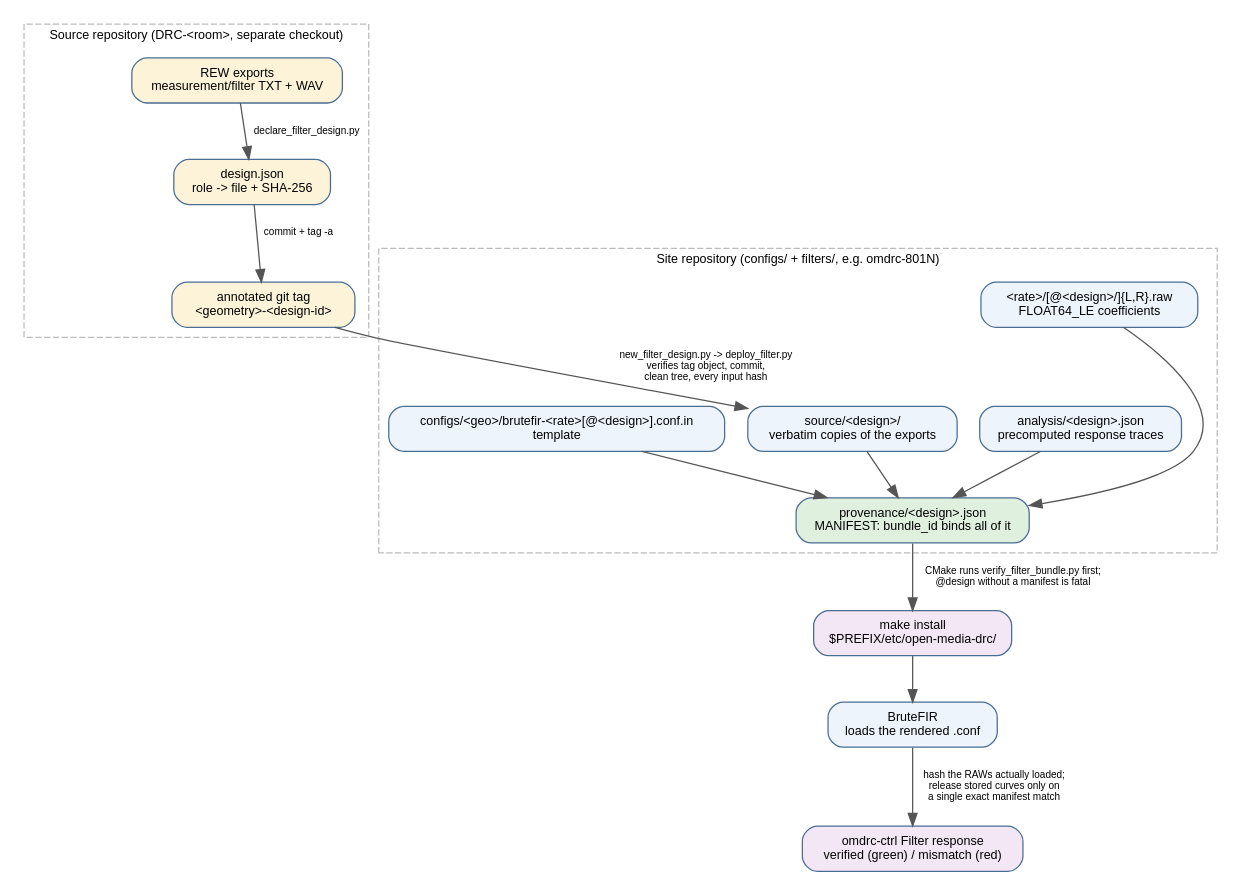
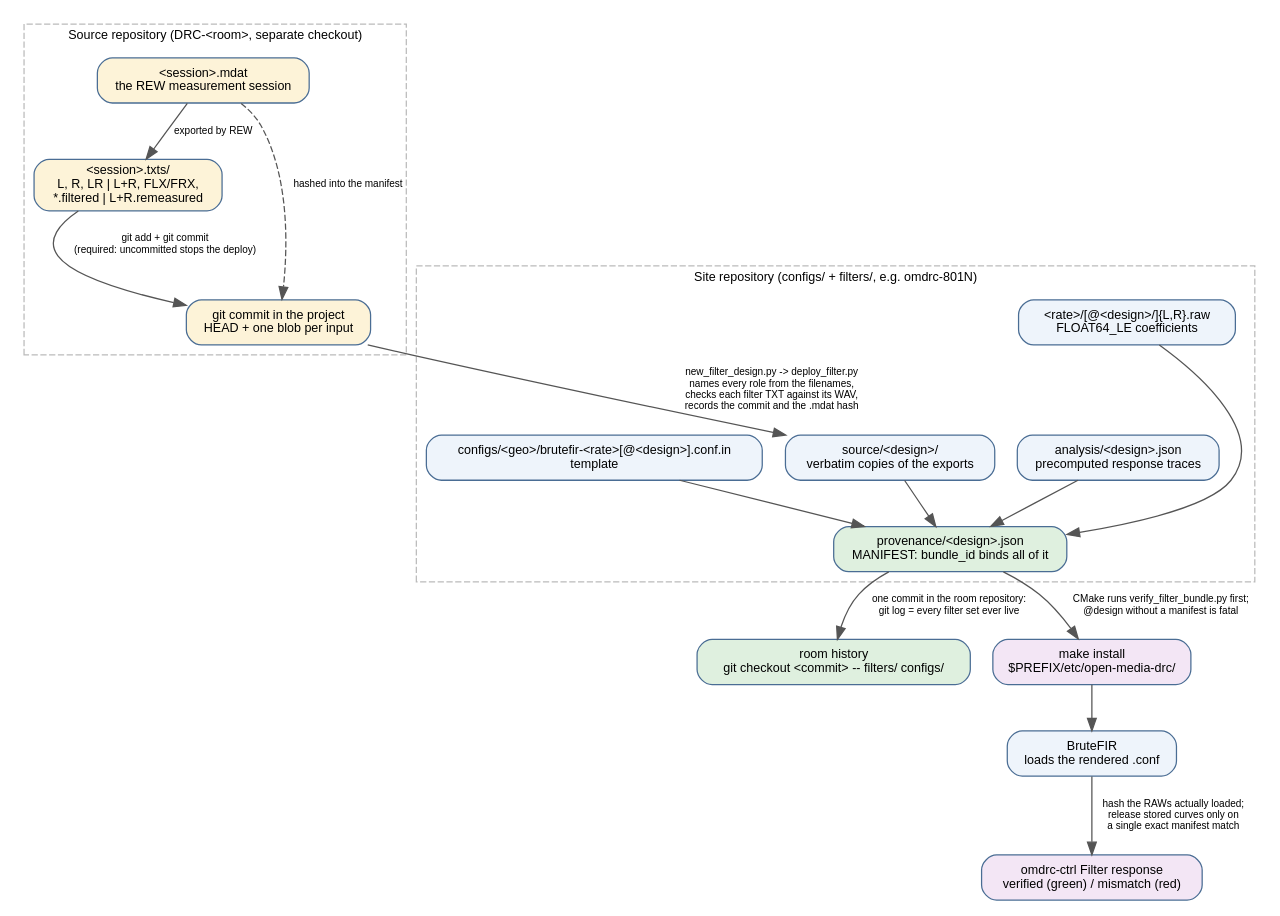
One commit to delleceste/open-media-drc changed the diagram in doc/pdf/diagrams/provenance-chain.dot. Above: the diagram before and after it, drawn with Graphviz. The commit also changed 38 other files, not shown here.

Commit message:
Add gated CD input and verified filter deployment

```diff
--- a/doc/pdf/diagrams/provenance-chain.dot
+++ b/doc/pdf/diagrams/provenance-chain.dot
@@ -1,42 +1,45 @@
 // Filter provenance: from REW exports to a green "verified" badge.
 // Every arrow labelled with a hash is a content check that must pass.
 digraph provenance_chain {
     rankdir=TB;
     fontname="Helvetica";
     node [fontname="Helvetica", fontsize=10, shape=box, style="rounded,filled",
           fillcolor="#eef4fb", color="#4a6d94"];
     edge [fontname="Helvetica", fontsize=8, color="#555555"];
 
     subgraph cluster_source {
         label="Source repository (DRC-<room>, separate checkout)";
         fontname="Helvetica"; fontsize=10; color="#bbbbbb"; style=dashed;
-        rew    [label="REW exports\nmeasurement/filter TXT + WAV", fillcolor="#fdf3d8"];
-        decl   [label="design.json\nrole -> file + SHA-256", fillcolor="#fdf3d8"];
-        tag    [label="annotated git tag\n<geometry>-<design-id>", fillcolor="#fdf3d8"];
-        rew -> decl [label="declare_filter_design.py"];
-        decl -> tag [label="commit + tag -a"];
+        mdat   [label="<session>.mdat\nthe REW measurement session", fillcolor="#fdf3d8"];
+        rew    [label="<session>.txts/\nL, R, LR | L+R, FLX/FRX,\n*.filtered | L+R.remeasured", fillcolor="#fdf3d8"];
+        head   [label="git commit in the project\nHEAD + one blob per input", fillcolor="#fdf3d8"];
+        mdat -> rew [label="exported by REW"];
+        rew -> head [label="git add + git commit\n(required: uncommitted stops the deploy)"];
+        mdat -> head [style=dashed, label="hashed into the manifest"];
     }
 
     subgraph cluster_site {
         label="Site repository (configs/ + filters/, e.g. omdrc-801N)";
         fontname="Helvetica"; fontsize=10; color="#bbbbbb"; style=dashed;
         copies [label="source/<design>/\nverbatim copies of the exports"];
         raws   [label="<rate>/[@<design>/]{L,R}.raw\nFLOAT64_LE coefficients"];
         conf   [label="configs/<geo>/brutefir-<rate>[@<design>].conf.in\ntemplate"];
         ana    [label="analysis/<design>.json\nprecomputed response traces"];
         man    [label="provenance/<design>.json\nMANIFEST: bundle_id binds all of it",
                  fillcolor="#dff0df"];
         copies -> man; raws -> man; conf -> man; ana -> man;
     }
 
-    tag -> copies [label="new_filter_design.py -> deploy_filter.py\nverifies tag object, commit,\nclean tree, every input hash"];
+    head -> copies [label="new_filter_design.py -> deploy_filter.py\nnames every role from the filenames,\nchecks each filter TXT against its WAV,\nrecords the commit and the .mdat hash"];
     raws -> ana   [style=invis];
 
+    hist  [label="room history\ngit checkout <commit> -- filters/ configs/", fillcolor="#dff0df"];
     inst  [label="make install\n$PREFIX/etc/open-media-drc/", fillcolor="#f3e6f5"];
     bf    [label="BruteFIR\nloads the rendered .conf"];
     ui    [label="omdrc-ctrl Filter response\nverified (green) / mismatch (red)", fillcolor="#f3e6f5"];
 
+    man -> hist [label="one commit in the room repository:\ngit log = every filter set ever live"];
     man -> inst [label="CMake runs verify_filter_bundle.py first;\n@design without a manifest is fatal"];
     inst -> bf;
     bf -> ui    [label="hash the RAWs actually loaded;\nrelease stored curves only on\na single exact manifest match"];
 }
```
